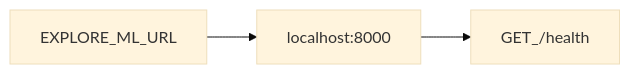
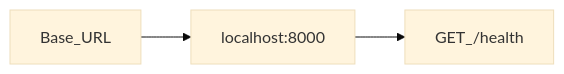
One commit to felixzhu97/explore-ml changed diagram 11 of 23 in docs/Guideline.md. Above: the diagram before and after it, drawn with Mermaid (base theme). The commit also changed other lines of this file and 22 other files, not shown here.

````diff
--- a/docs/Guideline.md
+++ b/docs/Guideline.md
@@ -244,8 +246,8 @@
 ```mermaid
 flowchart LR
-  URL[EXPLORE_ML_URL]
+  URL[Base_URL]
   App[localhost:8000]
   Health[GET_/health]
   URL --> App
   App --> Health
 ```
````
